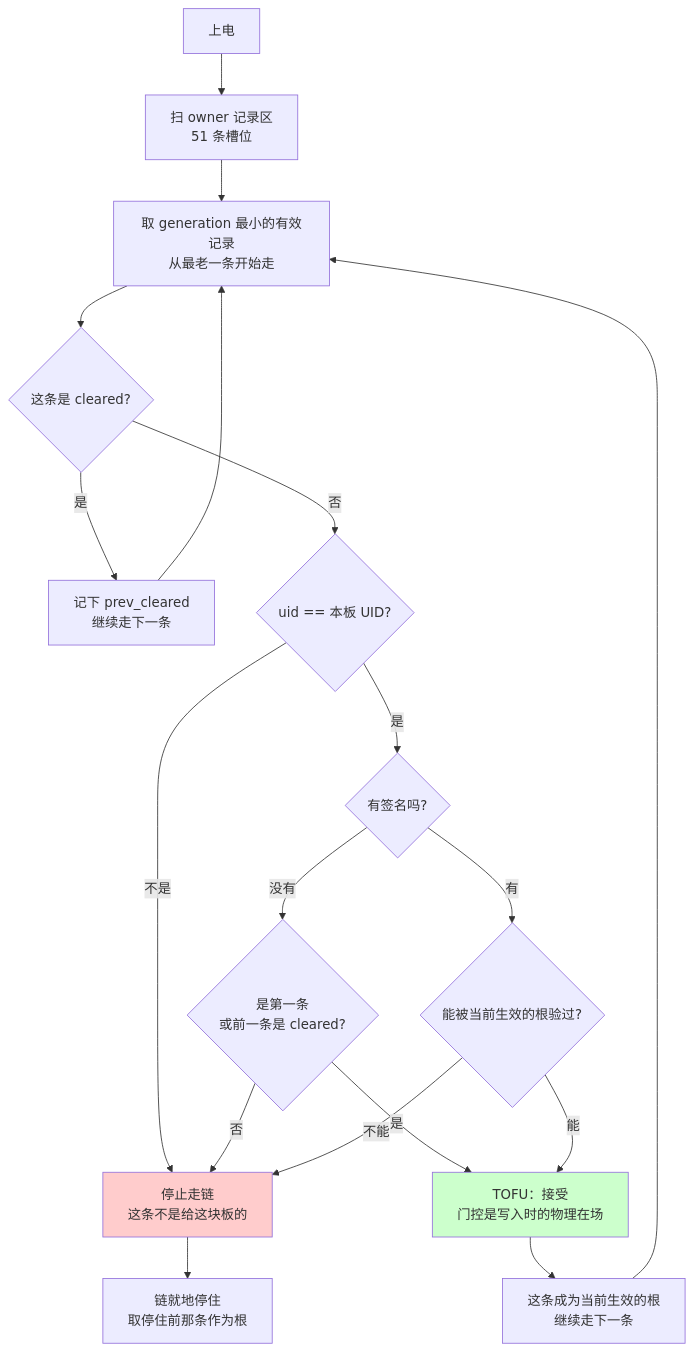
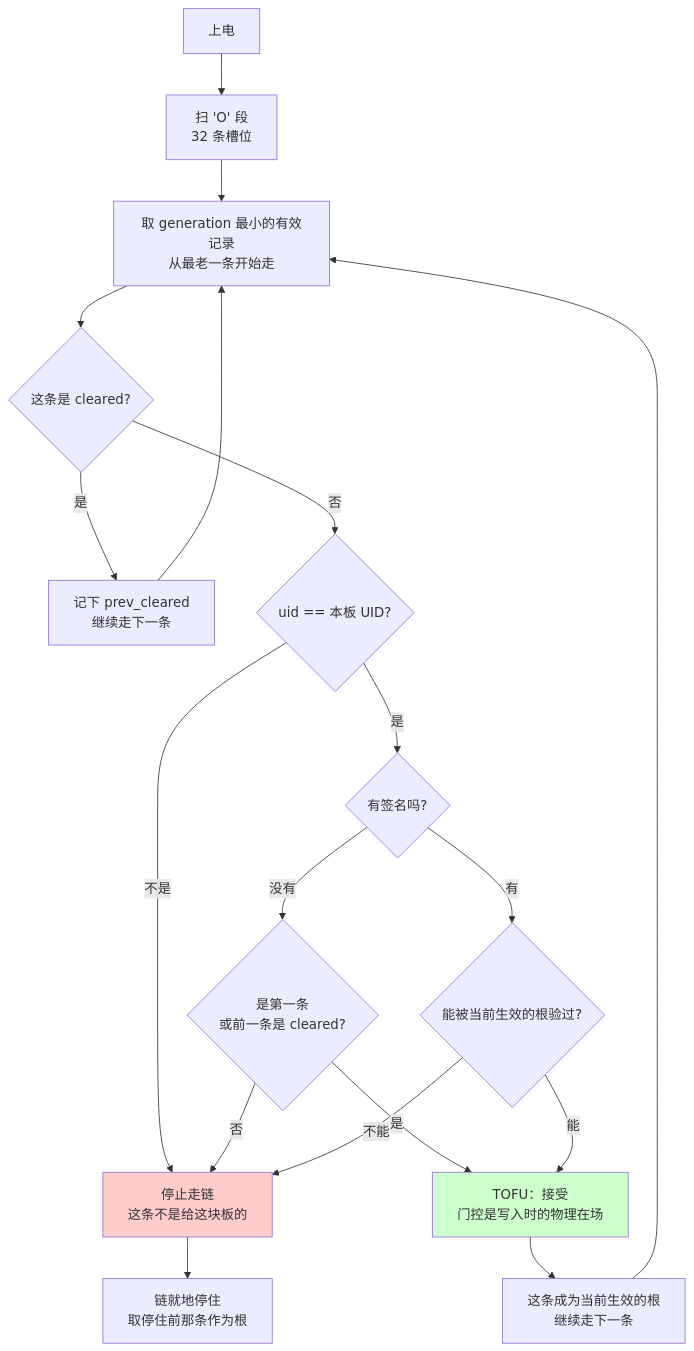
The fourth of 5 diagrams in docs/modules/M2-ownership.md (haliboteda/OpenPLC_Docs), drawn with Mermaid before and after one commit. The commit also changed other lines of this file and 2 other files, not shown here.

First line of the commit message:
Owner area v4 in the docs: two segments, and two new cases

````diff
--- a/docs/modules/M2-ownership.md
+++ b/docs/modules/M2-ownership.md
@@ -203,23 +203,23 @@
 ```mermaid
 flowchart TD
-    A[上电] --> B[扫 owner 记录区<br/>51 条槽位]
+    A[上电] --> B[扫 'O' 段<br/>32 条槽位]
     B --> C[取 generation 最小的有效记录<br/>从最老一条开始走]
     C --> D{这条是 cleared?}
     D -->|是| E[记下 prev_cleared<br/>继续走下一条]
     D -->|否| F{uid == 本板 UID?}
     F -->|不是| G[停止走链<br/>这条不是给这块板的]
     F -->|是| H{有签名吗?}
     H -->|没有| I{是第一条<br/>或前一条是 cleared?}
     I -->|是| J[TOFU：接受<br/>门控是写入时的物理在场]
     I -->|否| G
     H -->|有| K{能被当前生效的根验过?}
     K -->|不能| G
     K -->|能| J
     J --> L[这条成为当前生效的根<br/>继续走下一条]
     E --> C
     L --> C
     G --> M[链就地停住<br/>取停住前那条作为根]
 
     style G fill:#ffcccc
     style J fill:#ccffcc
 ```
````
